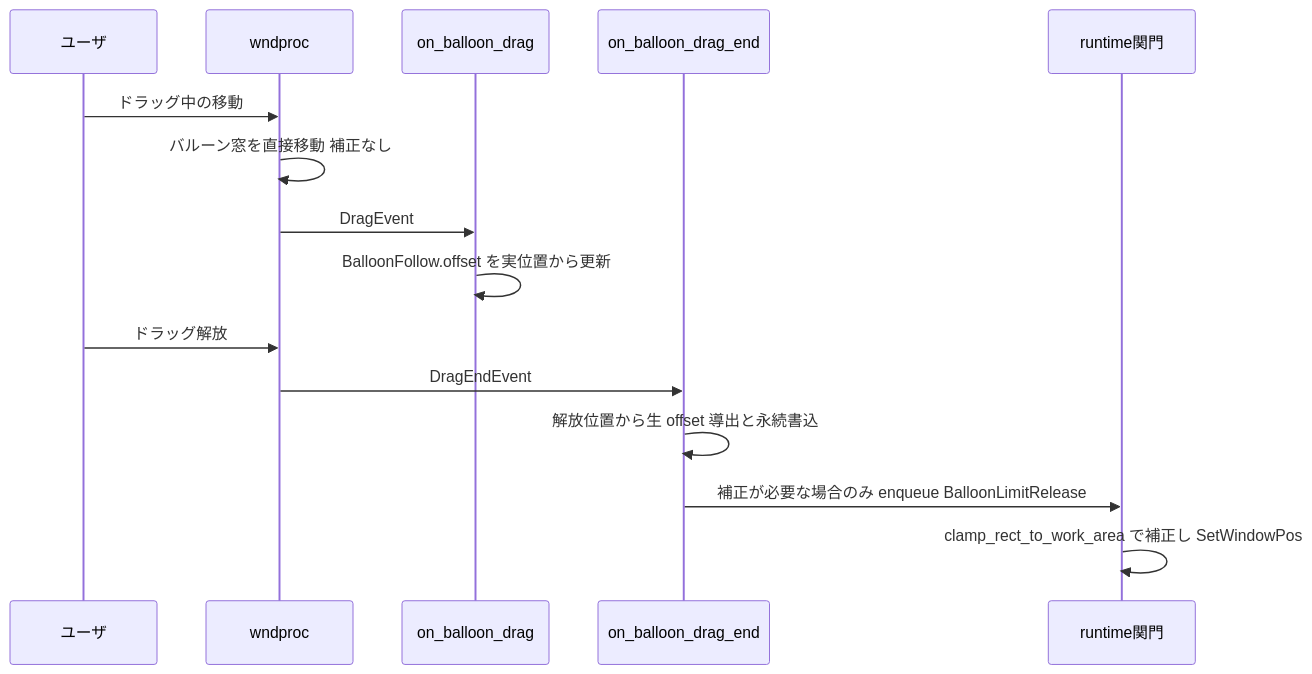
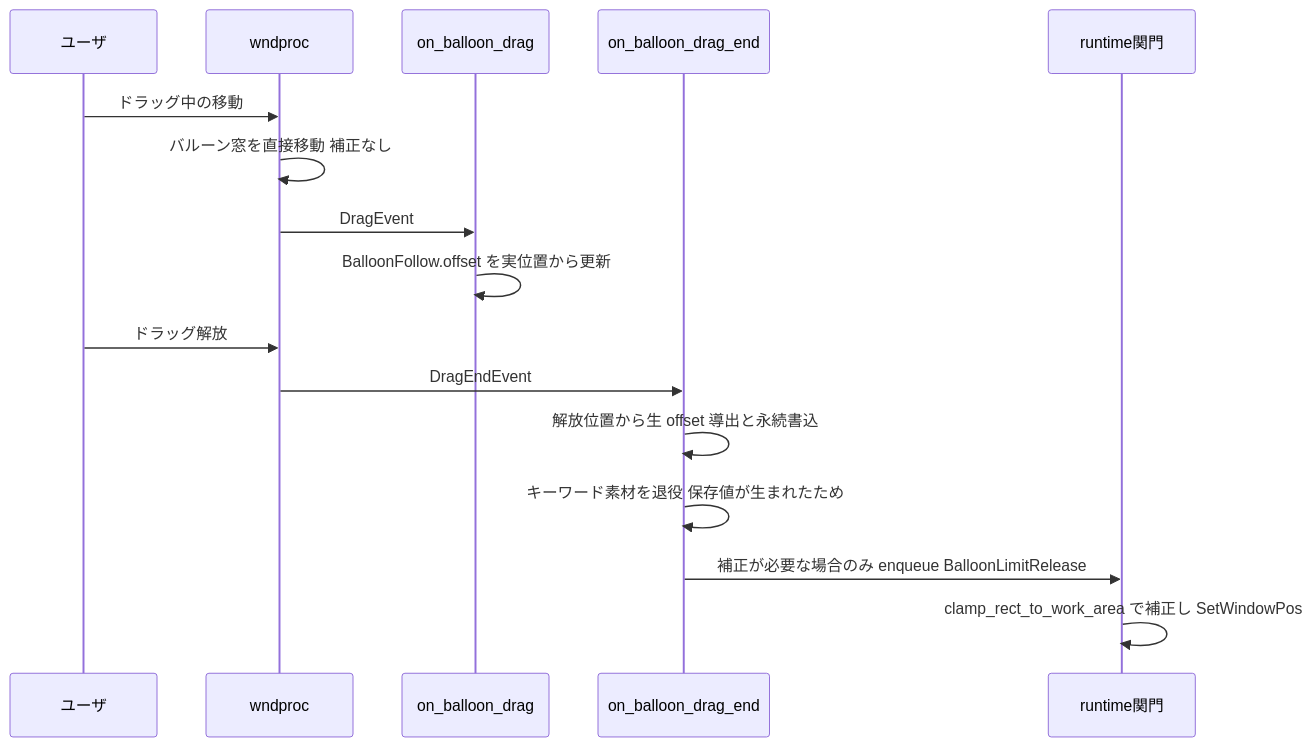
One commit to ekicyou/areka changed the second of 2 diagrams in .kiro/specs/areka-P0-windowposition-limit/design.md. Above: the diagram before and after it, drawn with Mermaid. The commit also changed other lines of this file and 5 other files, not shown here.

````diff
--- a/.kiro/specs/areka-P0-windowposition-limit/design.md
+++ b/.kiro/specs/areka-P0-windowposition-limit/design.md
@@ -157,17 +157,18 @@
 ```mermaid
 sequenceDiagram
     participant U as ユーザ
     participant W as wndproc
     participant D as on_balloon_drag
     participant E as on_balloon_drag_end
     participant G as runtime関門
     U->>W: ドラッグ中の移動
     W->>W: バルーン窓を直接移動 補正なし
     W->>D: DragEvent
     D->>D: BalloonFollow.offset を実位置から更新
     U->>W: ドラッグ解放
     W->>E: DragEndEvent
     E->>E: 解放位置から生 offset 導出と永続書込
+    E->>E: キーワード素材を退役 保存値が生まれたため
     E->>G: 補正が必要な場合のみ enqueue BalloonLimitRelease
     G->>G: clamp_rect_to_work_area で補正し SetWindowPos
 ```
````
